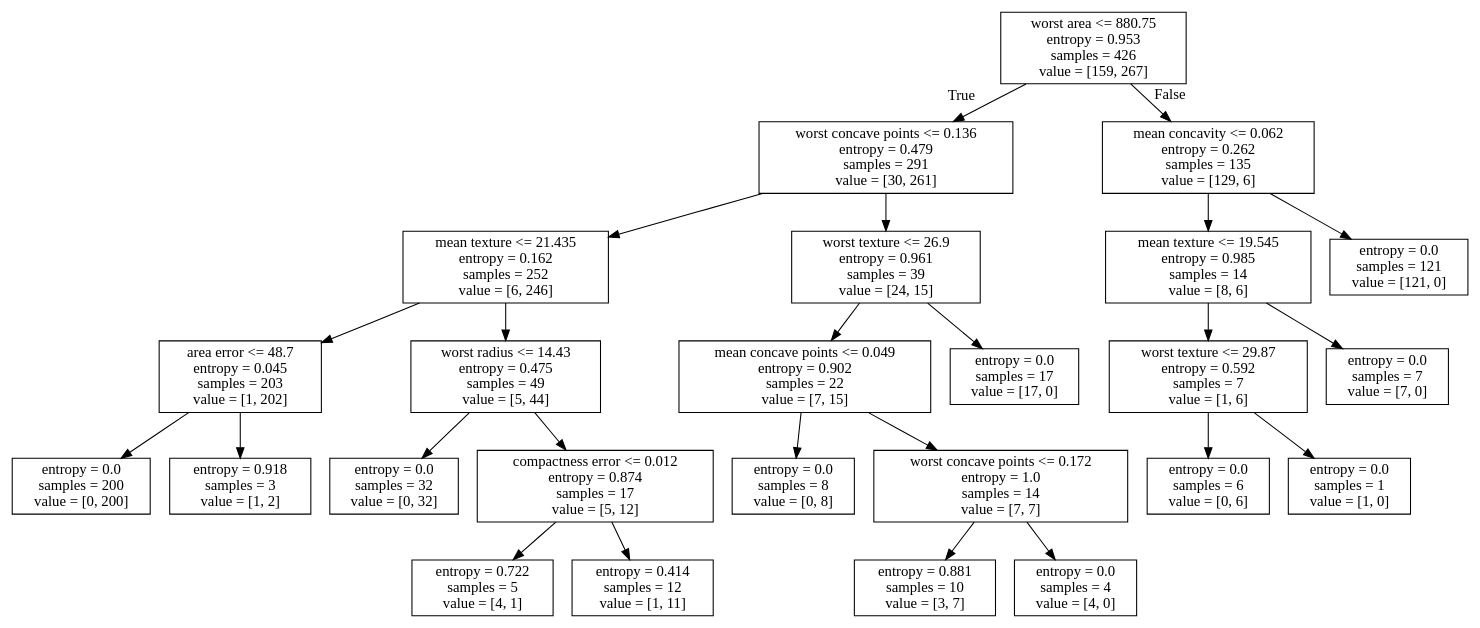
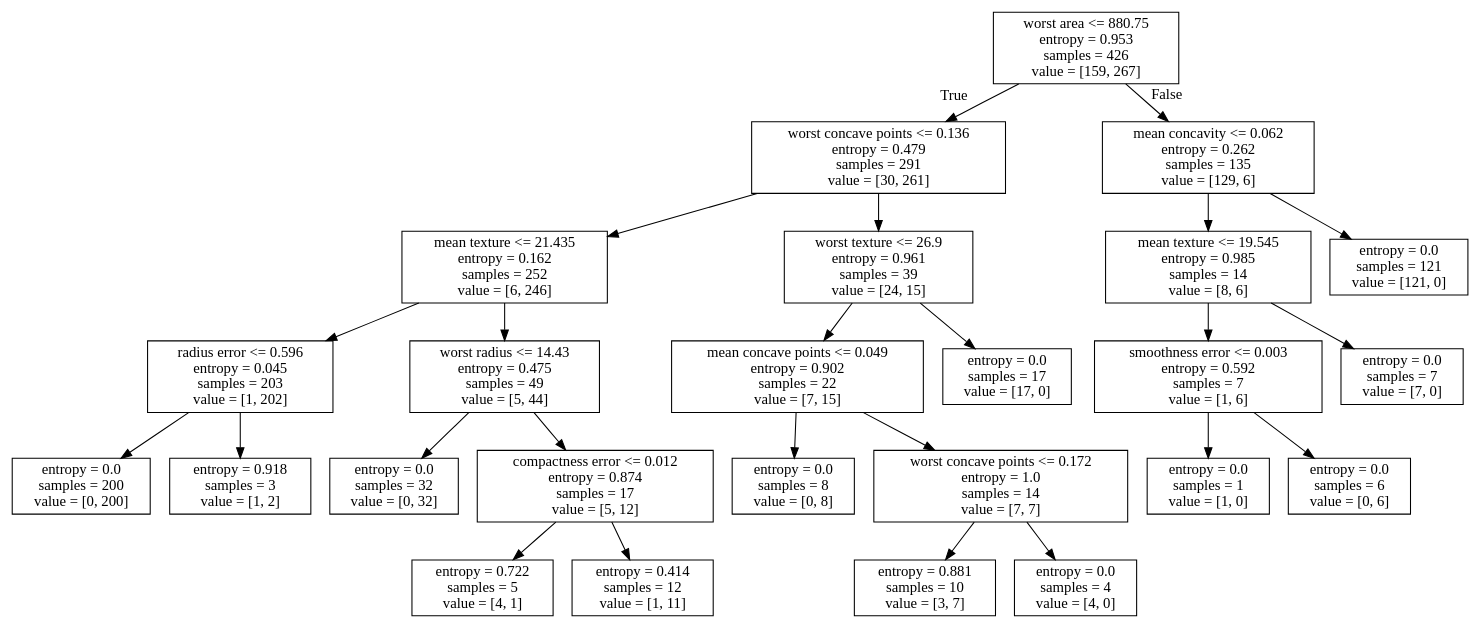
The diagram in result/scikit-learn dot/breast cancer result-second.dot (gomljo/DecisionTreeForPaper), drawn with Graphviz before and after one commit. The commit also changed 16 other files, not shown here.

```diff
--- a/result/scikit-learn dot/breast cancer result-second.dot
+++ b/result/scikit-learn dot/breast cancer result-second.dot
@@ -1,52 +1,52 @@
 digraph Tree {
 node [shape=box] ;
 0 [label="worst area <= 880.75\nentropy = 0.953\nsamples = 426\nvalue = [159, 267]"] ;
 1 [label="worst concave points <= 0.136\nentropy = 0.479\nsamples = 291\nvalue = [30, 261]"] ;
 0 -> 1 [labeldistance=2.5, labelangle=45, headlabel="True"] ;
 2 [label="mean texture <= 21.435\nentropy = 0.162\nsamples = 252\nvalue = [6, 246]"] ;
 1 -> 2 ;
-3 [label="area error <= 48.7\nentropy = 0.045\nsamples = 203\nvalue = [1, 202]"] ;
+3 [label="radius error <= 0.596\nentropy = 0.045\nsamples = 203\nvalue = [1, 202]"] ;
 2 -> 3 ;
 4 [label="entropy = 0.0\nsamples = 200\nvalue = [0, 200]"] ;
 3 -> 4 ;
 5 [label="entropy = 0.918\nsamples = 3\nvalue = [1, 2]"] ;
 3 -> 5 ;
 6 [label="worst radius <= 14.43\nentropy = 0.475\nsamples = 49\nvalue = [5, 44]"] ;
 2 -> 6 ;
 7 [label="entropy = 0.0\nsamples = 32\nvalue = [0, 32]"] ;
 6 -> 7 ;
 8 [label="compactness error <= 0.012\nentropy = 0.874\nsamples = 17\nvalue = [5, 12]"] ;
 6 -> 8 ;
 9 [label="entropy = 0.722\nsamples = 5\nvalue = [4, 1]"] ;
 8 -> 9 ;
 10 [label="entropy = 0.414\nsamples = 12\nvalue = [1, 11]"] ;
 8 -> 10 ;
 11 [label="worst texture <= 26.9\nentropy = 0.961\nsamples = 39\nvalue = [24, 15]"] ;
 1 -> 11 ;
 12 [label="mean concave points <= 0.049\nentropy = 0.902\nsamples = 22\nvalue = [7, 15]"] ;
 11 -> 12 ;
 13 [label="entropy = 0.0\nsamples = 8\nvalue = [0, 8]"] ;
 12 -> 13 ;
 14 [label="worst concave points <= 0.172\nentropy = 1.0\nsamples = 14\nvalue = [7, 7]"] ;
 12 -> 14 ;
 15 [label="entropy = 0.881\nsamples = 10\nvalue = [3, 7]"] ;
 14 -> 15 ;
 16 [label="entropy = 0.0\nsamples = 4\nvalue = [4, 0]"] ;
 14 -> 16 ;
 17 [label="entropy = 0.0\nsamples = 17\nvalue = [17, 0]"] ;
 11 -> 17 ;
 18 [label="mean concavity <= 0.062\nentropy = 0.262\nsamples = 135\nvalue = [129, 6]"] ;
 0 -> 18 [labeldistance=2.5, labelangle=-45, headlabel="False"] ;
 19 [label="mean texture <= 19.545\nentropy = 0.985\nsamples = 14\nvalue = [8, 6]"] ;
 18 -> 19 ;
-20 [label="worst texture <= 29.87\nentropy = 0.592\nsamples = 7\nvalue = [1, 6]"] ;
+20 [label="smoothness error <= 0.003\nentropy = 0.592\nsamples = 7\nvalue = [1, 6]"] ;
 19 -> 20 ;
-21 [label="entropy = 0.0\nsamples = 6\nvalue = [0, 6]"] ;
+21 [label="entropy = 0.0\nsamples = 1\nvalue = [1, 0]"] ;
 20 -> 21 ;
-22 [label="entropy = 0.0\nsamples = 1\nvalue = [1, 0]"] ;
+22 [label="entropy = 0.0\nsamples = 6\nvalue = [0, 6]"] ;
 20 -> 22 ;
 23 [label="entropy = 0.0\nsamples = 7\nvalue = [7, 0]"] ;
 19 -> 23 ;
 24 [label="entropy = 0.0\nsamples = 121\nvalue = [121, 0]"] ;
 18 -> 24 ;
 }
```
